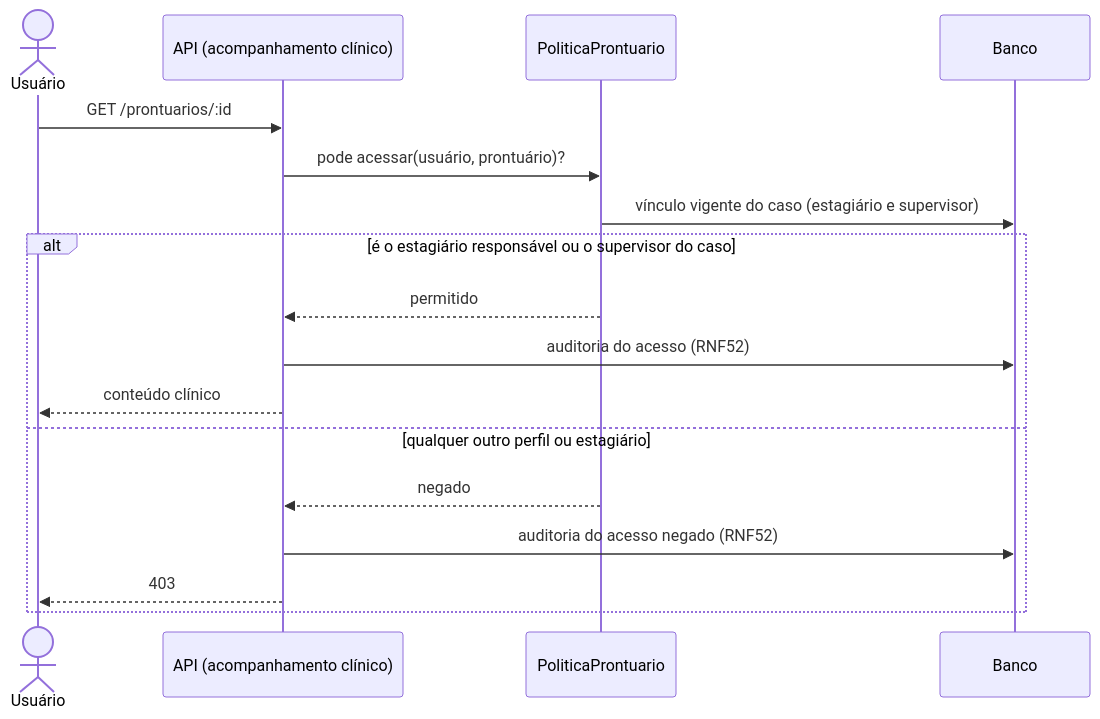
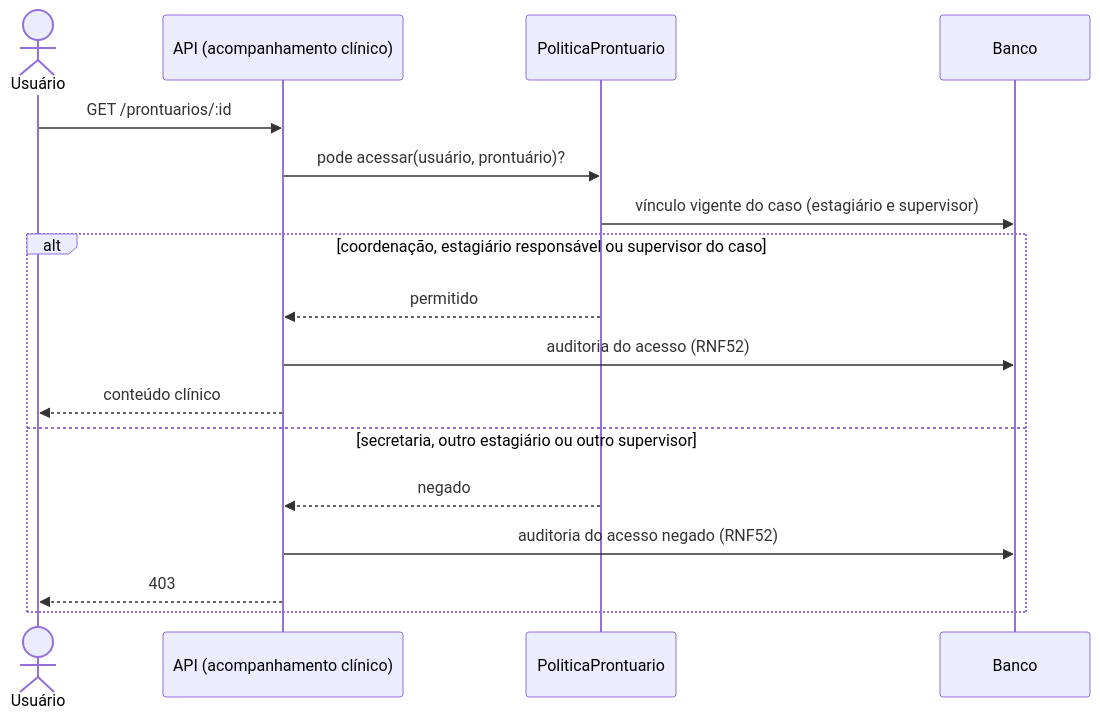
One commit to mdsreq-fga-unb/REQ-2026.2-T02-ClinicaEscolaFBr changed the fifth of 13 diagrams in documentacao/docs/unidade-3/projeto-features-ciclo-3.md. Above: the diagram before and after it, drawn with Mermaid. The commit also changed other lines of this file and 7 other files, not shown here.

````diff
--- a/documentacao/docs/unidade-3/projeto-features-ciclo-3.md
+++ b/documentacao/docs/unidade-3/projeto-features-ciclo-3.md
@@ -271,19 +271,19 @@
 ```mermaid
 sequenceDiagram
     actor U as Usuário
     participant A as API (acompanhamento clínico)
     participant P as PoliticaProntuario
     participant DB as Banco
     U->>A: GET /prontuarios/:id
     A->>P: pode acessar(usuário, prontuário)?
     P->>DB: vínculo vigente do caso (estagiário e supervisor)
-    alt é o estagiário responsável ou o supervisor do caso
+    alt coordenação, estagiário responsável ou supervisor do caso
         P-->>A: permitido
         A->>DB: auditoria do acesso (RNF52)
         A-->>U: conteúdo clínico
-    else qualquer outro perfil ou estagiário
+    else secretaria, outro estagiário ou outro supervisor
         P-->>A: negado
         A->>DB: auditoria do acesso negado (RNF52)
         A-->>U: 403
     end
 ```
````
